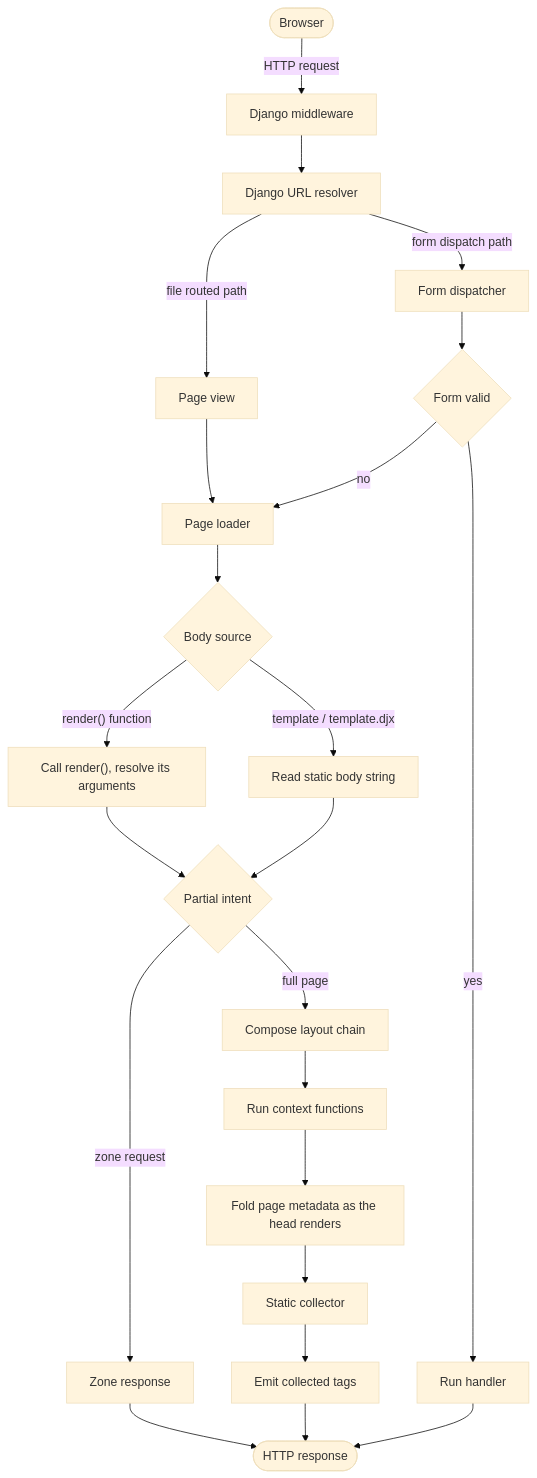
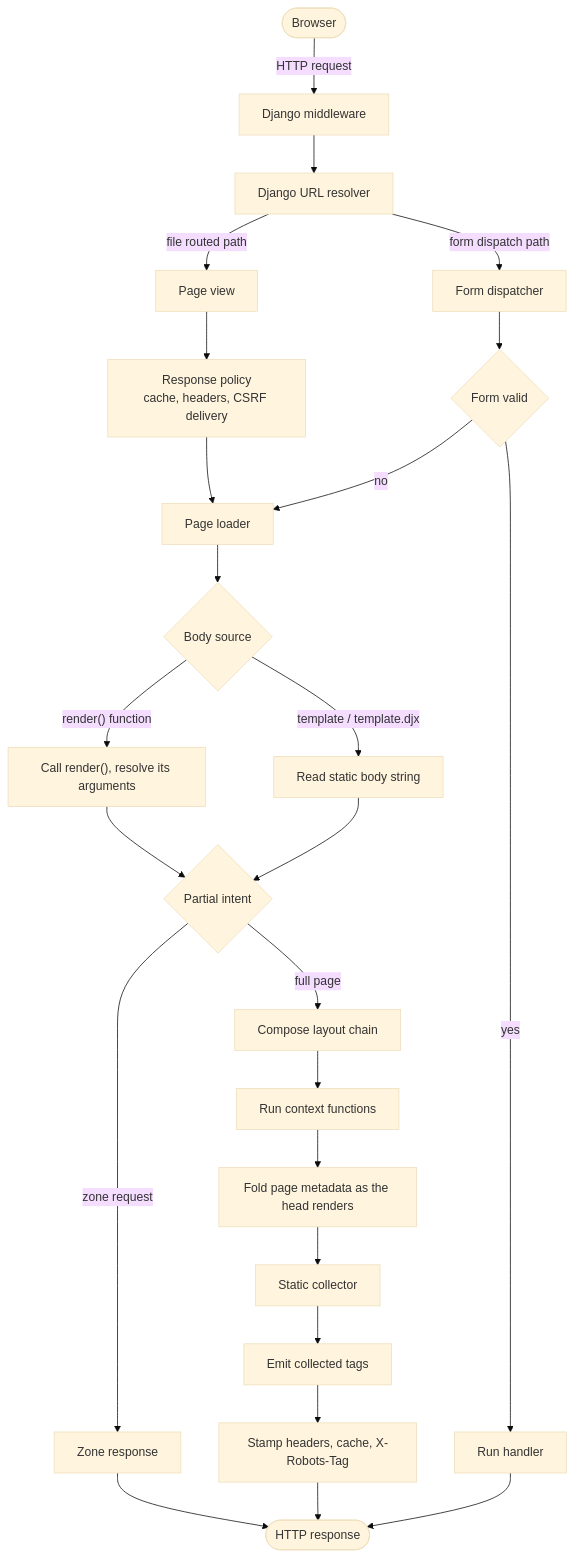
Before and after one commit to next-dj/next-dj: the diagram in docs/content/internals/request-lifecycle.rst, drawn with Mermaid (base theme). The commit also changed other lines of this file and 637 other files, not shown here.

Commit message:
feat(seo): site config, response caching, lazy CSRF, scripts and consent on the page tree

```diff
--- a/docs/content/internals/request-lifecycle.rst
+++ b/docs/content/internals/request-lifecycle.rst
@@ -22,25 +22,27 @@
 .. mermaid::
 
    flowchart TB
        Browser(["Browser"]) -- HTTP request --> Django["Django middleware"]
        Django --> Resolver["Django URL resolver"]
        Resolver -- form dispatch path --> FormDispatch["Form dispatcher"]
        Resolver -- file routed path --> PageView["Page view"]
-       PageView --> Loader["Page loader"]
+       PageView --> Policy["Response policy<br/>cache, headers, CSRF delivery"]
+       Policy --> Loader["Page loader"]
        Loader --> BodySource{"Body source"}
        BodySource -- "render() function" --> RenderFn["Call render(), resolve its arguments"]
        BodySource -- "template / template.djx" --> StaticBody["Read static body string"]
        RenderFn --> ZoneIntent{"Partial intent"}
        StaticBody --> ZoneIntent
        ZoneIntent -- "zone request" --> ZoneResp["Zone response"]
        ZoneResp --> Response
        ZoneIntent -- "full page" --> LayoutChain["Compose layout chain"]
        LayoutChain --> ContextCtx["Run context functions"]
        ContextCtx --> Metadata["Fold page metadata as the head renders"]
        Metadata --> CollectAssets["Static collector"]
        CollectAssets --> InjectTags["Emit collected tags"]
-       InjectTags --> Response(["HTTP response"])
+       InjectTags --> Stamp["Stamp headers, cache, X-Robots-Tag"]
+       Stamp --> Response(["HTTP response"])
        FormDispatch --> Validation{"Form valid"}
        Validation -- yes --> Handler["Run handler"]
        Handler --> Response
        Validation -- no --> Loader
```
